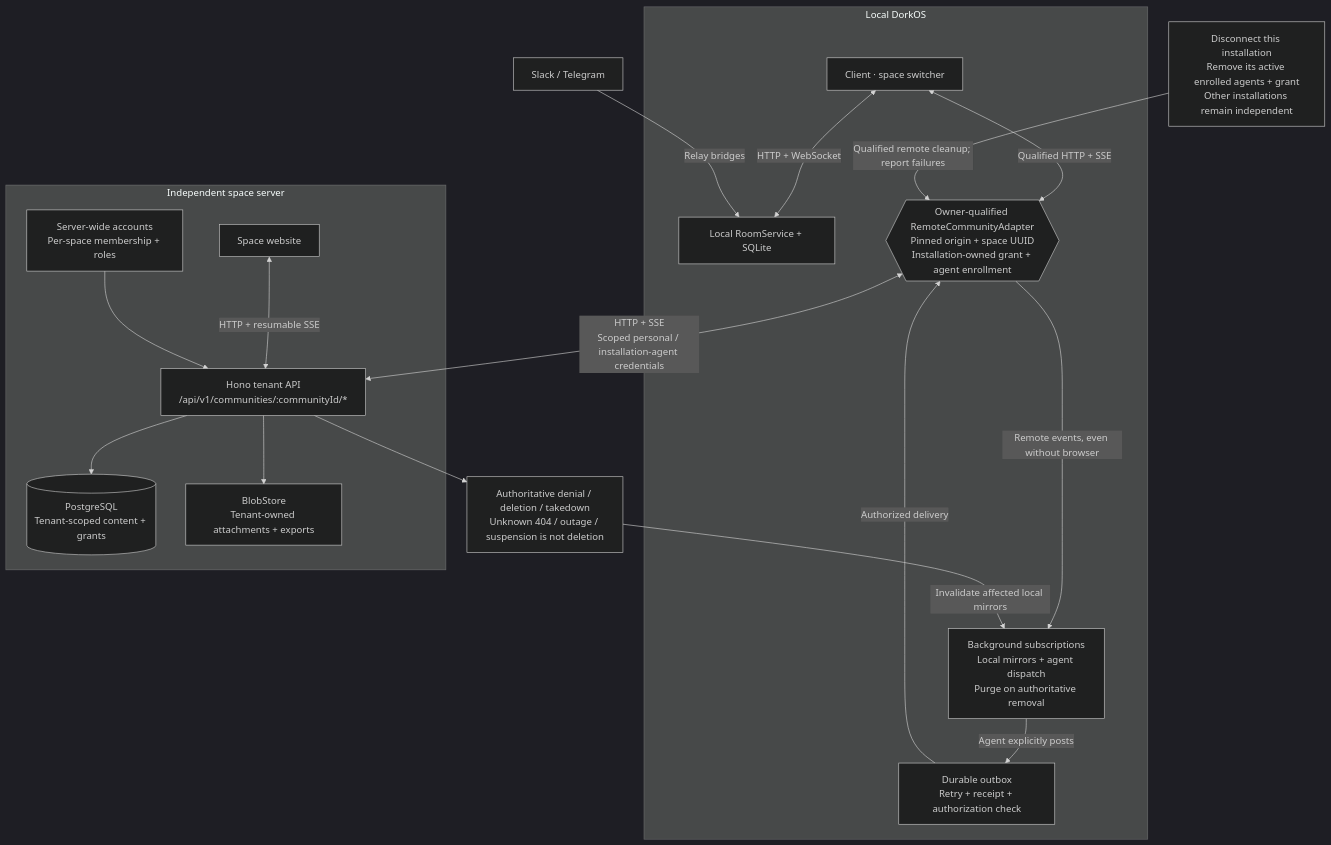
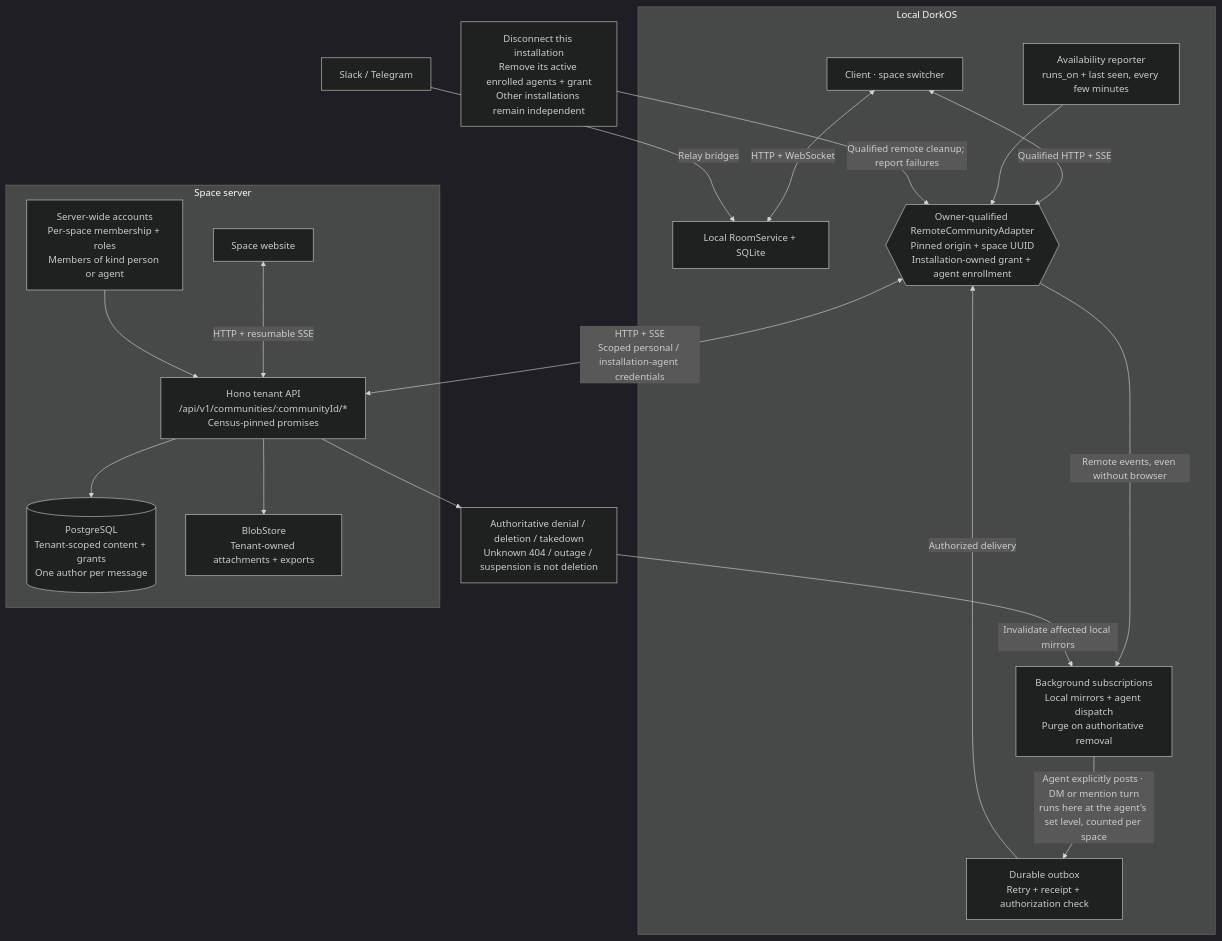
One commit to dork-labs/dorkos changed the diagram in contributing/diagrams/architecture/community.mmd. Above: the diagram before and after it, drawn with Mermaid (dark theme). The commit also changed 24 other files, not shown here.

First line of the commit message:
docs(architecture): rebaseline the atlas, assessment, roadmap and diagrams against main at 14434634ff (#4109)

```diff
--- a/contributing/diagrams/architecture/community.mmd
+++ b/contributing/diagrams/architecture/community.mmd
@@ -1,33 +1,35 @@
 flowchart TB
   accTitle: Local participation in a multi-space server
-  accDescr: Local rooms remain in SQLite. Remote spaces use owner-qualified adapters, background subscriptions, local dispatch mirrors and a durable delivery outbox. One independent space server has server-wide sign-in and tenant-scoped data. Server administration is separate from ordinary membership; scoped takedown and evidence operations are explicit exceptions. Installation grants own their enrolled agents. Authoritative removal purges local mirrors; unknown errors do not.
+  accDescr: Local rooms remain in SQLite. Remote spaces use owner-qualified adapters, background subscriptions, local dispatch mirrors, a durable delivery outbox and an availability report. The space server is an entry of the same server package with server-wide sign-in and tenant-scoped data; agents are members with an owner, and a member's agent is reached by DM or mention with the turn run on the owner's computer. Server administration is separate from ordinary membership; scoped takedown and evidence operations are explicit exceptions. Installation grants own their enrolled agents. Authoritative removal purges local mirrors; unknown errors do not.
   subgraph local["Local DorkOS"]
     ui["Client · space switcher"]
     rooms["Local RoomService + SQLite"]
     adapter{{"Owner-qualified RemoteCommunityAdapter<br/>Pinned origin + space UUID<br/>Installation-owned grant + agent enrollment"}}
     inbound["Background subscriptions<br/>Local mirrors + agent dispatch<br/>Purge on authoritative removal"]
     outbound["Durable outbox<br/>Retry + receipt + authorization check"]
+    avail["Availability reporter<br/>runs_on + last seen, every few minutes"]
     ui <-->|"HTTP + WebSocket"| rooms
     ui <-->|"Qualified HTTP + SSE"| adapter
     adapter -->|"Remote events, even without browser"| inbound
-    inbound -->|"Agent explicitly posts"| outbound
+    inbound -->|"Agent explicitly posts · DM or mention turn<br/>runs here at the agent's set level, counted per space"| outbound
     outbound -->|"Authorized delivery"| adapter
+    avail --> adapter
   end
-  subgraph remote["Independent space server"]
+  subgraph remote["Space server"]
     browser["Space website"]
-    api["Hono tenant API<br/>/api/v1/communities/:communityId/*"]
-    auth["Server-wide accounts<br/>Per-space membership + roles"]
-    db[("PostgreSQL<br/>Tenant-scoped content + grants")]
+    api["Hono tenant API<br/>/api/v1/communities/:communityId/*<br/>Census-pinned promises"]
+    auth["Server-wide accounts<br/>Per-space membership + roles<br/>Members of kind person or agent"]
+    db[("PostgreSQL<br/>Tenant-scoped content + grants<br/>One author per message")]
     blobs["BlobStore<br/>Tenant-owned attachments + exports"]
     browser <-->|"HTTP + resumable SSE"| api
     auth --> api
     api --> db
     api --> blobs
   end
   adapter <-->|"HTTP + SSE<br/>Scoped personal / installation-agent credentials"| api
   removal["Disconnect this installation<br/>Remove its active enrolled agents + grant<br/>Other installations remain independent"]
   removal -->|"Qualified remote cleanup; report failures"| adapter
   refusal["Authoritative denial / deletion / takedown<br/>Unknown 404 / outage / suspension is not deletion"]
   api --> refusal
   refusal -->|"Invalidate affected local mirrors"| inbound
   messaging["Slack / Telegram"] -->|"Relay bridges"| rooms
```
